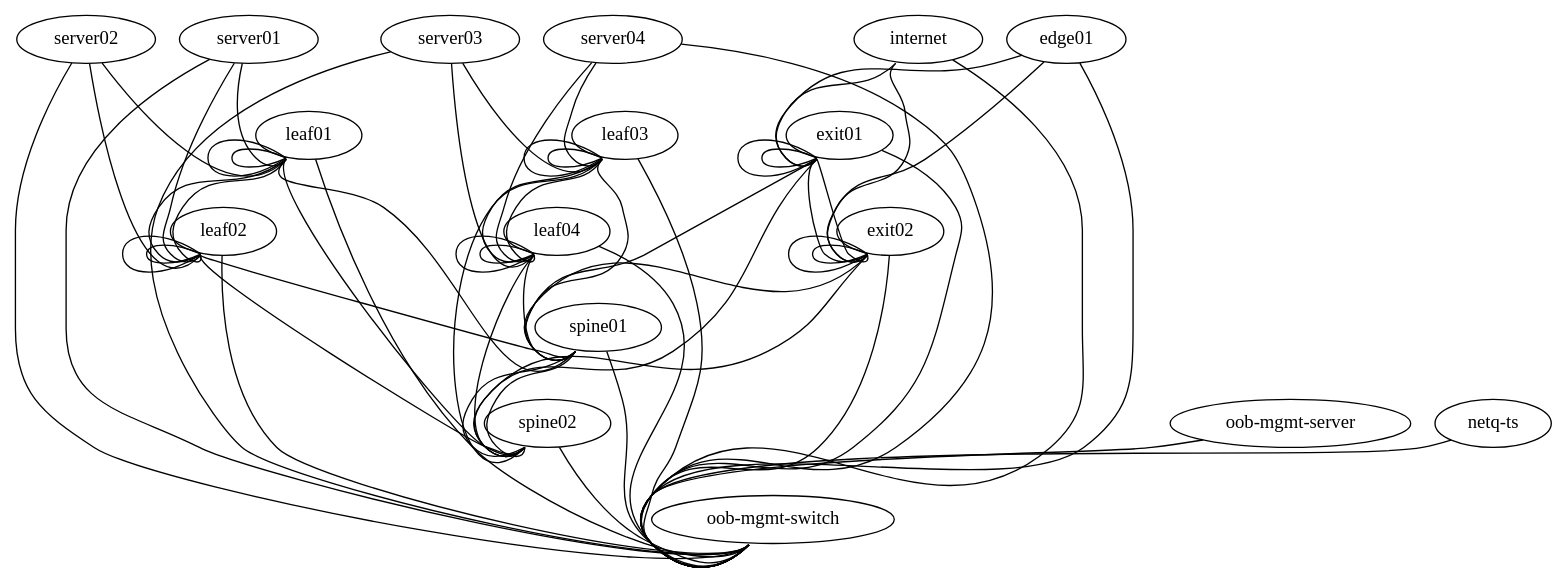
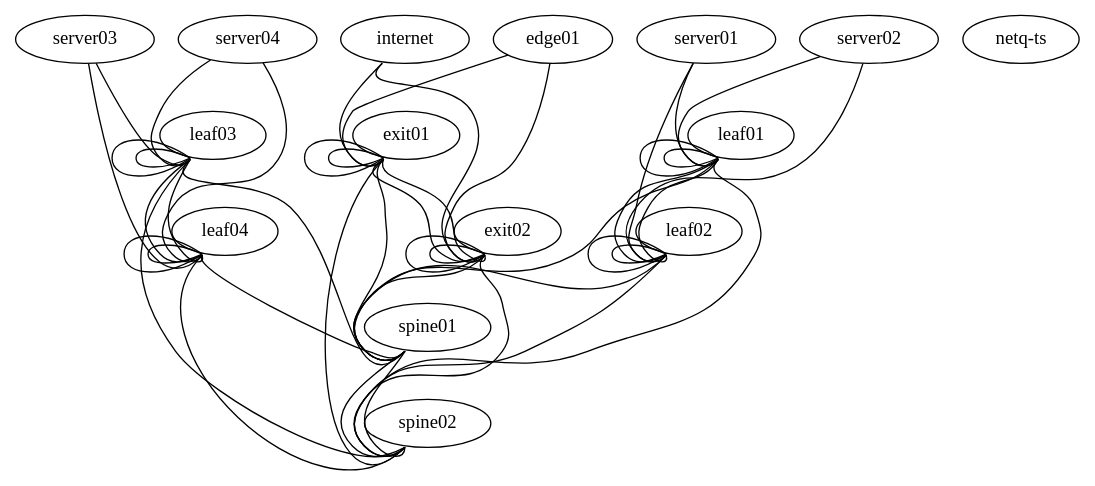
One commit to plumbis/cl-fabric changed the diagram in topology.dot. Above: the diagram before and after it, drawn with Graphviz. The commit also changed 7 other files, not shown here.

```diff
--- a/topology.dot
+++ b/topology.dot
@@ -1,89 +1,70 @@
 graph vx {
  "leaf01" [function="leaf" os="CumulusCommunity/cumulus-vx" version="3.5.3" memory="768" ]
  "leaf02" [function="leaf" os="CumulusCommunity/cumulus-vx" version="3.5.3" memory="768"]
  "leaf03" [function="leaf" os="CumulusCommunity/cumulus-vx" version="3.5.3" memory="768"]
  "leaf04" [function="leaf" os="CumulusCommunity/cumulus-vx" version="3.5.3" memory="768"]
  "spine01" [function="spine" os="CumulusCommunity/cumulus-vx" version="3.5.3" memory="768"]
  "spine02" [function="spine" os="CumulusCommunity/cumulus-vx" version="3.5.3" memory="768"]
  "exit01" [function="exit" os="CumulusCommunity/cumulus-vx" version="3.5.3" memory="768"]
  "exit02" [function="exit" os="CumulusCommunity/cumulus-vx" version="3.5.3" memory="768"]
  "server01" [function="host" os="yk0/ubuntu-xenial" memory="512"]
  "server02" [function="host" os="yk0/ubuntu-xenial" memory="512"]
  "server03" [function="host" os="yk0/ubuntu-xenial" memory="512"]
  "server04" [function="host" os="yk0/ubuntu-xenial" memory="512"]
- "edge01" [function="host" os="yk0/ubuntu-xenial" memory="768" ]
+ "edge01" [function="host" os="yk0/ubuntu-xenial" memory="512" ]
  "internet" [function="internet" vagrant="swp48" os="CumulusCommunity/cumulus-vx" version="3.5.3" memory="768" ]
- "oob-mgmt-switch" [function="oob-switch" vagrant="eth0" os="CumulusCommunity/cumulus-vx" version="3.5.3" memory="256"]
- "oob-mgmt-server" [function="oob-server" vagrant="eth0" os="CumulusCommunity/vx_oob_server" version="1.0.4" memory="1024"]
  "netq-ts" [function="netq-ts" vagrant="eth0" os="netq/ts" memory="1024"]
 
  "leaf01":"swp51" -- "spine01":"swp1"
  "leaf02":"swp51" -- "spine01":"swp2"
  "leaf03":"swp51" -- "spine01":"swp3"
  "leaf04":"swp51" -- "spine01":"swp4"
  "leaf01":"swp52" -- "spine02":"swp1"
  "leaf02":"swp52" -- "spine02":"swp2"
  "leaf03":"swp52" -- "spine02":"swp3"
  "leaf04":"swp52" -- "spine02":"swp4"
 
  "leaf01":"swp49" -- "leaf02":"swp49"
  "leaf01":"swp50" -- "leaf02":"swp50"
  "leaf03":"swp49" -- "leaf04":"swp49"
  "leaf03":"swp50" -- "leaf04":"swp50"
 
  "spine01":"swp31" -- "spine02":"swp31"
  "spine01":"swp32" -- "spine02":"swp32"
  "exit01":"swp49" -- "exit02":"swp49"
  "exit01":"swp50" -- "exit02":"swp50"
 
- "server01":"eth1" -- "leaf01":"swp1" [left_mac="00:03:00:11:11:01"]
- "server01":"eth2" -- "leaf02":"swp1" [left_mac="00:03:00:11:11:02"]
- "server02":"eth1" -- "leaf01":"swp2" [left_mac="00:03:00:22:22:01"]
- "server02":"eth2" -- "leaf02":"swp2" [left_mac="00:03:00:22:22:02"]
- "server03":"eth1" -- "leaf03":"swp1" [left_mac="00:03:00:33:33:01"]
- "server03":"eth2" -- "leaf04":"swp1" [left_mac="00:03:00:33:33:02"]
- "server04":"eth1" -- "leaf03":"swp2" [left_mac="00:03:00:44:44:01"]
- "server04":"eth2" -- "leaf04":"swp2" [left_mac="00:03:00:44:44:02"]
+ "server01":"eth1" -- "leaf01":"swp1" 
+ "server01":"eth2" -- "leaf02":"swp1" 
+ "server02":"eth1" -- "leaf01":"swp2" 
+ "server02":"eth2" -- "leaf02":"swp2" 
+ "server03":"eth1" -- "leaf03":"swp1" 
+ "server03":"eth2" -- "leaf04":"swp1" 
+ "server04":"eth1" -- "leaf03":"swp2"
+ "server04":"eth2" -- "leaf04":"swp2" 
 
  "exit01":"swp51" -- "spine01":"swp30"
  "exit01":"swp52" -- "spine02":"swp30"
  "exit02":"swp51" -- "spine01":"swp29"
  "exit02":"swp52" -- "spine02":"swp29"
  "exit01":"swp45" -- "exit01":"swp46"
  "exit01":"swp47" -- "exit01":"swp48"
  "exit02":"swp45" -- "exit02":"swp46"
  "exit02":"swp47" -- "exit02":"swp48"
 
  "leaf01":"swp45" -- "leaf01":"swp46"
  "leaf01":"swp47" -- "leaf01":"swp48"
  "leaf02":"swp45" -- "leaf02":"swp46"
  "leaf02":"swp47" -- "leaf02":"swp48"
  "leaf03":"swp45" -- "leaf03":"swp46"
  "leaf03":"swp47" -- "leaf03":"swp48"
  "leaf04":"swp45" -- "leaf04":"swp46"
  "leaf04":"swp47" -- "leaf04":"swp48"
 
  "internet":"swp1" -- "exit01":"swp44"
  "internet":"swp2" -- "exit02":"swp44"
 
  "edge01":"eth1" -- "exit01":"swp1"
  "edge01":"eth2" -- "exit02":"swp1"
 
- "oob-mgmt-server":"eth1" -- "oob-mgmt-switch":"swp1" [right_mac="a0:00:00:00:00:61"]
- "server01":"eth0" -- "oob-mgmt-switch":"swp2" [left_mac="a0:00:00:00:00:31"]
- "server02":"eth0" -- "oob-mgmt-switch":"swp3" [left_mac="a0:00:00:00:00:32"]
- "server03":"eth0" -- "oob-mgmt-switch":"swp4" [left_mac="a0:00:00:00:00:33"]
- "server04":"eth0" -- "oob-mgmt-switch":"swp5" [left_mac="a0:00:00:00:00:34"]
- "leaf01":"eth0" -- "oob-mgmt-switch":"swp6" [left_mac="a0:00:00:00:00:11"]
- "leaf02":"eth0" -- "oob-mgmt-switch":"swp7" [left_mac="a0:00:00:00:00:12"]
- "leaf03":"eth0" -- "oob-mgmt-switch":"swp8" [left_mac="a0:00:00:00:00:13"]
- "leaf04":"eth0" -- "oob-mgmt-switch":"swp9" [left_mac="a0:00:00:00:00:14"]
- "spine01":"eth0" -- "oob-mgmt-switch":"swp10" [left_mac="a0:00:00:00:00:21"]
- "spine02":"eth0" -- "oob-mgmt-switch":"swp11" [left_mac="a0:00:00:00:00:22"]
- "exit01":"eth0" -- "oob-mgmt-switch":"swp12" [left_mac="a0:00:00:00:00:41"]
- "exit02":"eth0" -- "oob-mgmt-switch":"swp13" [left_mac="a0:00:00:00:00:42"]
- "edge01":"eth0" -- "oob-mgmt-switch":"swp14" [left_mac="a0:00:00:00:00:51"]
- "internet":"eth0" -- "oob-mgmt-switch":"swp15" [left_mac="a0:00:00:00:00:50"]
- "netq-ts":"eth1" -- "oob-mgmt-switch":"swp16"
-
 }
```
